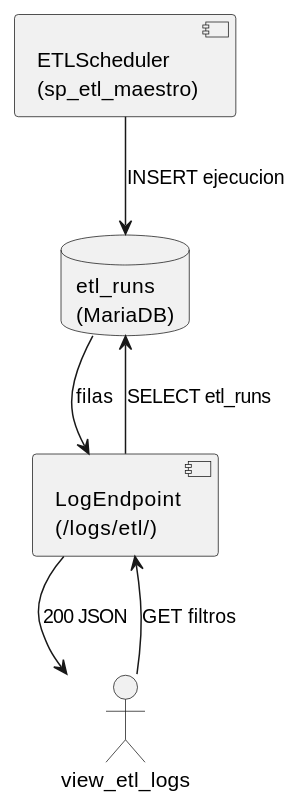
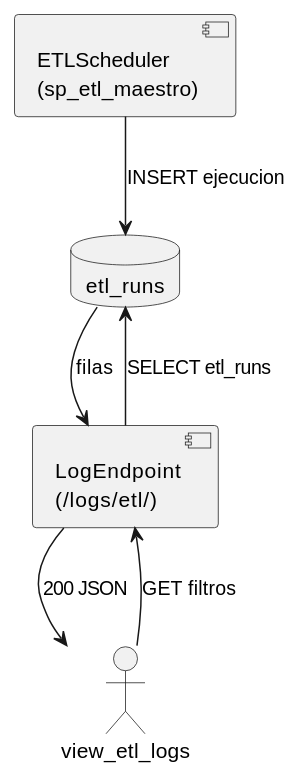
One commit to jcg-admin/IACT-docs changed the third of 4 diagrams in source/requisitos/casos-uso/logs/uc-log-02/diagramas-uml.rst. Above: the diagram before and after it, drawn with PlantUML. The commit also changed other lines of this file and 21 other files, not shown here.

```diff
--- a/source/requisitos/casos-uso/logs/uc-log-02/diagramas-uml.rst
+++ b/source/requisitos/casos-uso/logs/uc-log-02/diagramas-uml.rst
@@ -45,14 +45,14 @@
 .. uml::
 
  @startuml
  component "ETLScheduler\n(sp_etl_maestro)" as Etlscheduler
- database "etl_runs\n(MariaDB)" as etl_runs
+ database "etl_runs" as etl_runs
  component "LogEndpoint\n(/logs/etl/)" as Logendpoint
  actor "view_etl_logs" as view_etl_logs
 
  Etlscheduler --> etl_runs : INSERT ejecucion
  view_etl_logs --> Logendpoint : GET filtros
  Logendpoint --> etl_runs : SELECT etl_runs
  etl_runs --> Logendpoint : filas
  Logendpoint --> view_etl_logs : 200 JSON
  @enduml
```
